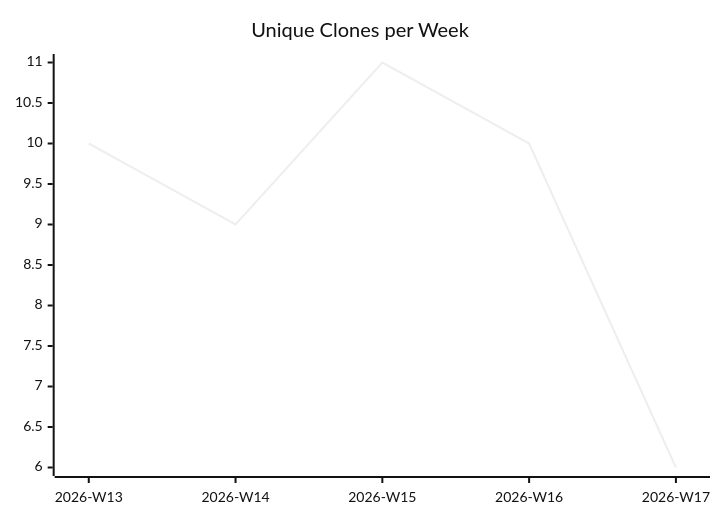
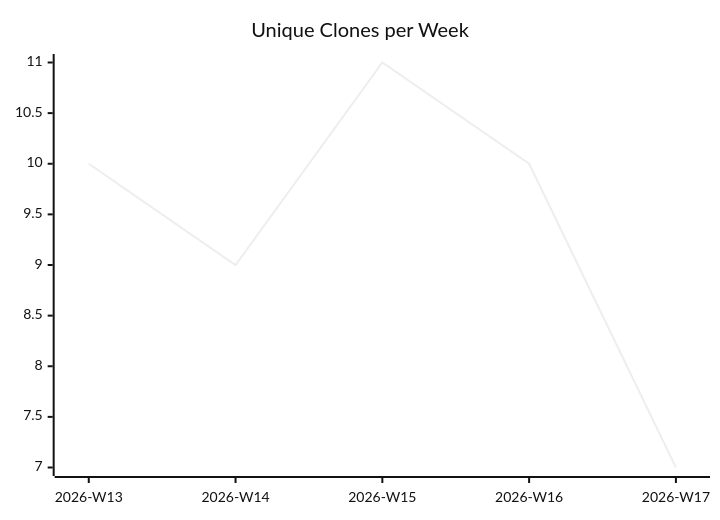
One commit to justdavis-family/github-analytics-data changed the third of 3 diagrams in karlmdavis/usgs-water-api-java/README.md. Above: the diagram before and after it, drawn with Mermaid (neutral theme). The commit also changed other lines of this file and 165 other files, not shown here.

````diff
--- a/karlmdavis/usgs-water-api-java/README.md
+++ b/karlmdavis/usgs-water-api-java/README.md
@@ -19,6 +19,6 @@
 ```mermaid
 xychart-beta
   title "Unique Clones per Week"
   x-axis ["2026-W13", "2026-W14", "2026-W15", "2026-W16", "2026-W17"]
-  line [10, 9, 11, 10, 6]
+  line [10, 9, 11, 10, 7]
 ```
````
